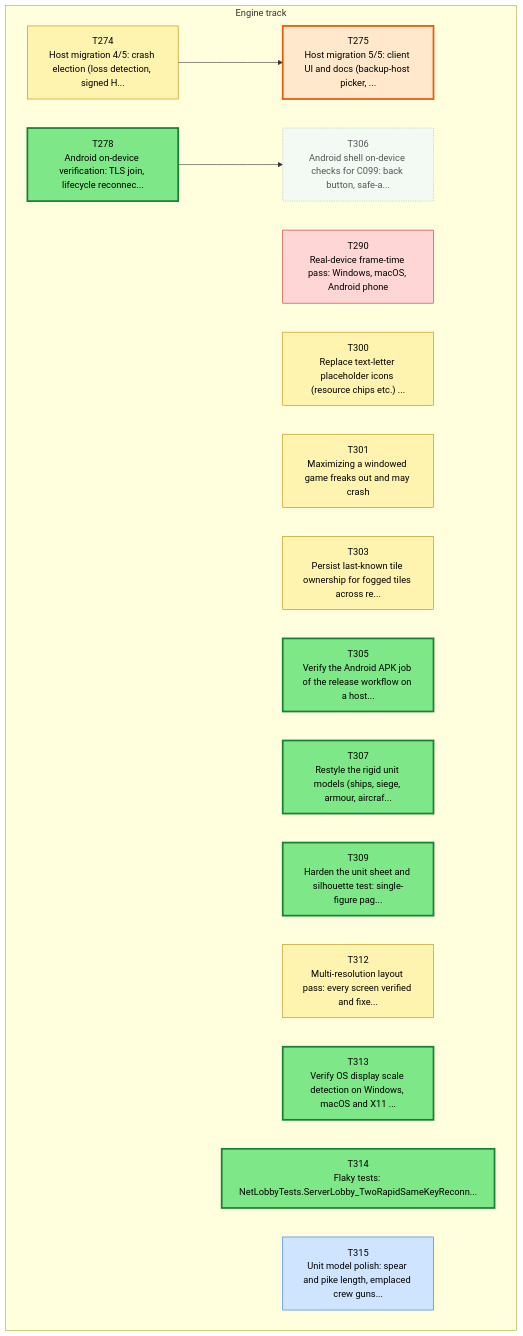
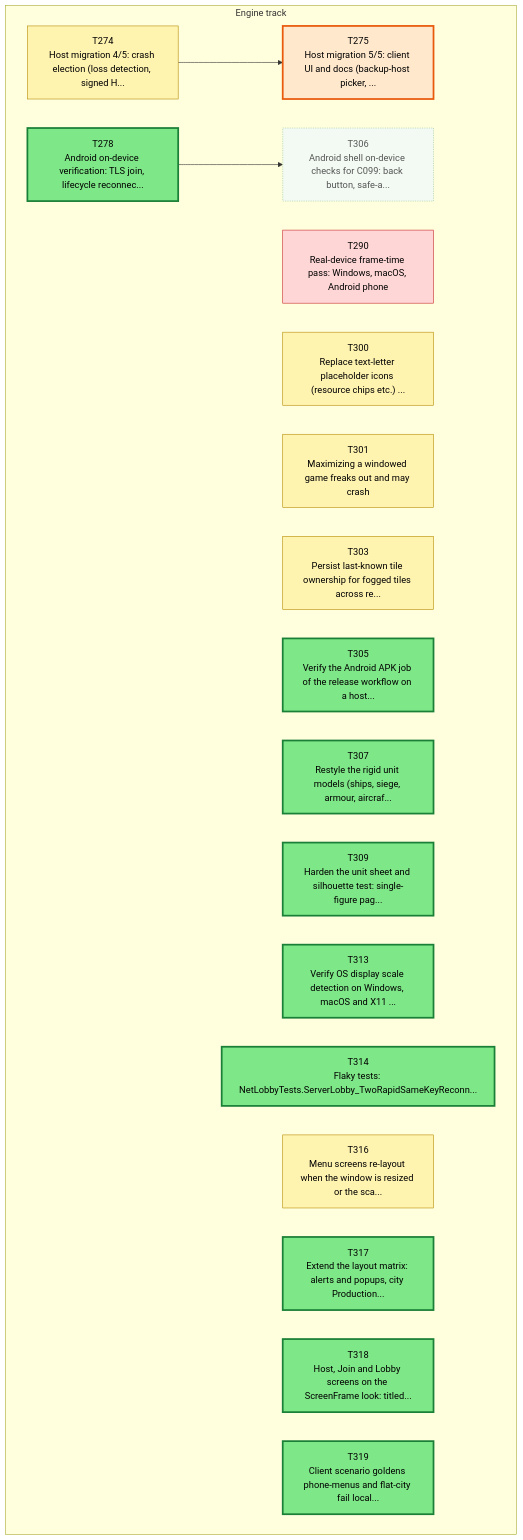
Before and after one commit to Kenmura/Unciv: the first of 3 diagrams in csharp/migration/DEPENDENCY_MAP.md, drawn with Mermaid. The commit also changed other lines of this file and 1 other file, not shown here.

Commit message:
migration: review T315 pass [Adversarial Review]

````diff
--- a/csharp/migration/DEPENDENCY_MAP.md
+++ b/csharp/migration/DEPENDENCY_MAP.md
@@ -35,44 +35,48 @@
 ```mermaid
 flowchart TD
   subgraph TTRACK["Engine track"]
     T274["T274<br/>Host migration 4/5: crash election (loss detection, signed H..."]
     T275["T275<br/>Host migration 5/5: client UI and docs (backup-host picker, ..."]
     T278["T278<br/>Android on-device verification: TLS join, lifecycle reconnec..."]
     T290["T290<br/>Real-device frame-time pass: Windows, macOS, Android phone"]
     T300["T300<br/>Replace text-letter placeholder icons (resource chips etc.) ..."]
     T301["T301<br/>Maximizing a windowed game freaks out and may crash"]
     T303["T303<br/>Persist last-known tile ownership for fogged tiles across re..."]
     T305["T305<br/>Verify the Android APK job of the release workflow on a host..."]
     T306["T306<br/>Android shell on-device checks for C099: back button, safe-a..."]
     T307["T307<br/>Restyle the rigid unit models (ships, siege, armour, aircraf..."]
     T309["T309<br/>Harden the unit sheet and silhouette test: single-figure pag..."]
-    T312["T312<br/>Multi-resolution layout pass: every screen verified and fixe..."]
     T313["T313<br/>Verify OS display scale detection on Windows, macOS and X11 ..."]
     T314["T314<br/>Flaky tests: NetLobbyTests.ServerLobby_TwoRapidSameKeyReconn..."]
-    T315["T315<br/>Unit model polish: spear and pike length, emplaced crew guns..."]
+    T316["T316<br/>Menu screens re-layout when the window is resized or the sca..."]
+    T317["T317<br/>Extend the layout matrix: alerts and popups, city Production..."]
+    T318["T318<br/>Host, Join and Lobby screens on the ScreenFrame look: titled..."]
+    T319["T319<br/>Client scenario goldens phone-menus and flat-city fail local..."]
   end
   T274 --> T275
   T278 --> T306
   classDef waiting fill:#f3faf3,stroke:#9bc49b,color:#555,stroke-dasharray:2 2
   classDef ondeck fill:#ffe8cc,stroke:#e8590c,stroke-width:3px,color:#000
   classDef ready fill:#7ee787,stroke:#1a7f37,stroke-width:3px,color:#000
   classDef prog fill:#fff3b0,stroke:#b58900,color:#000
   classDef review fill:#cfe4ff,stroke:#1f6feb,color:#000
   classDef blocked fill:#ffd6d6,stroke:#c62828,color:#000
   classDef done fill:#eeeeee,stroke:#999999,color:#666,stroke-dasharray:4 3
   class T274 prog
   class T275 ondeck
   class T278 ready
   class T290 blocked
   class T300 prog
   class T301 prog
   class T303 prog
   class T305 ready
   class T306 waiting
   class T307 ready
   class T309 ready
-  class T312 prog
   class T313 ready
   class T314 ready
-  class T315 review
+  class T316 prog
+  class T317 ready
+  class T318 ready
+  class T319 ready
 ```
````
